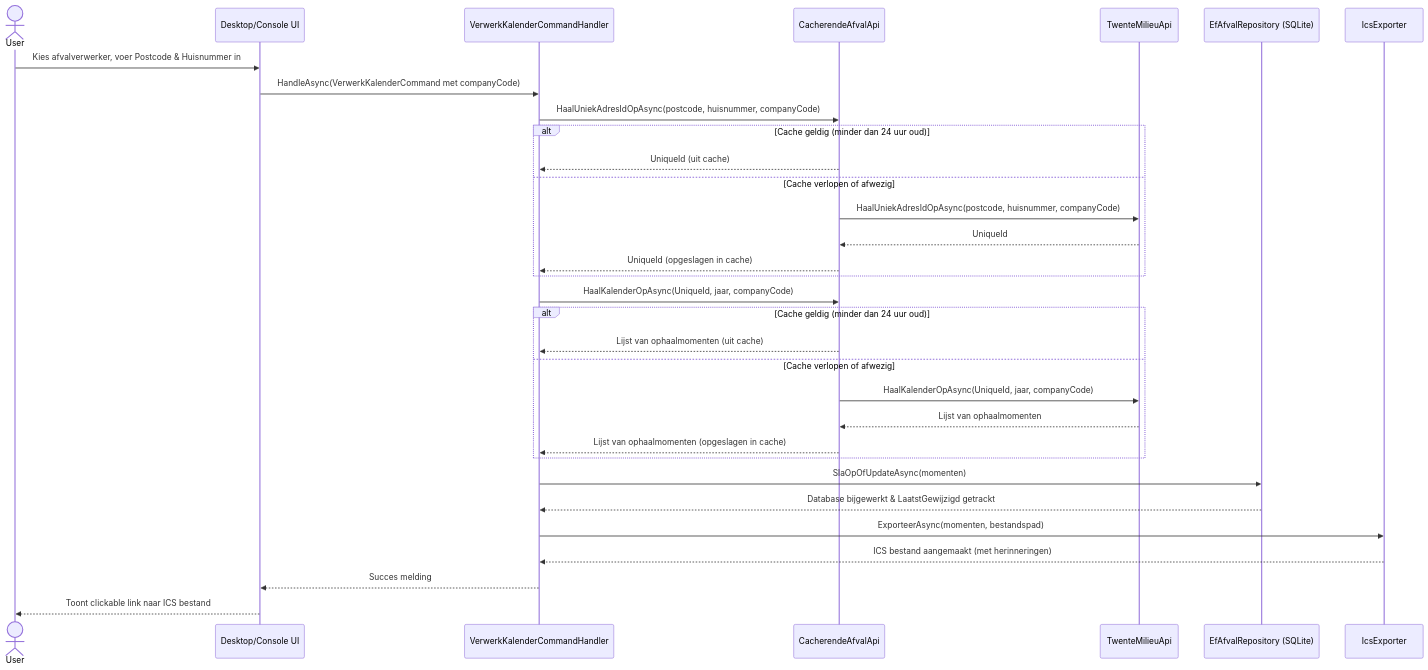
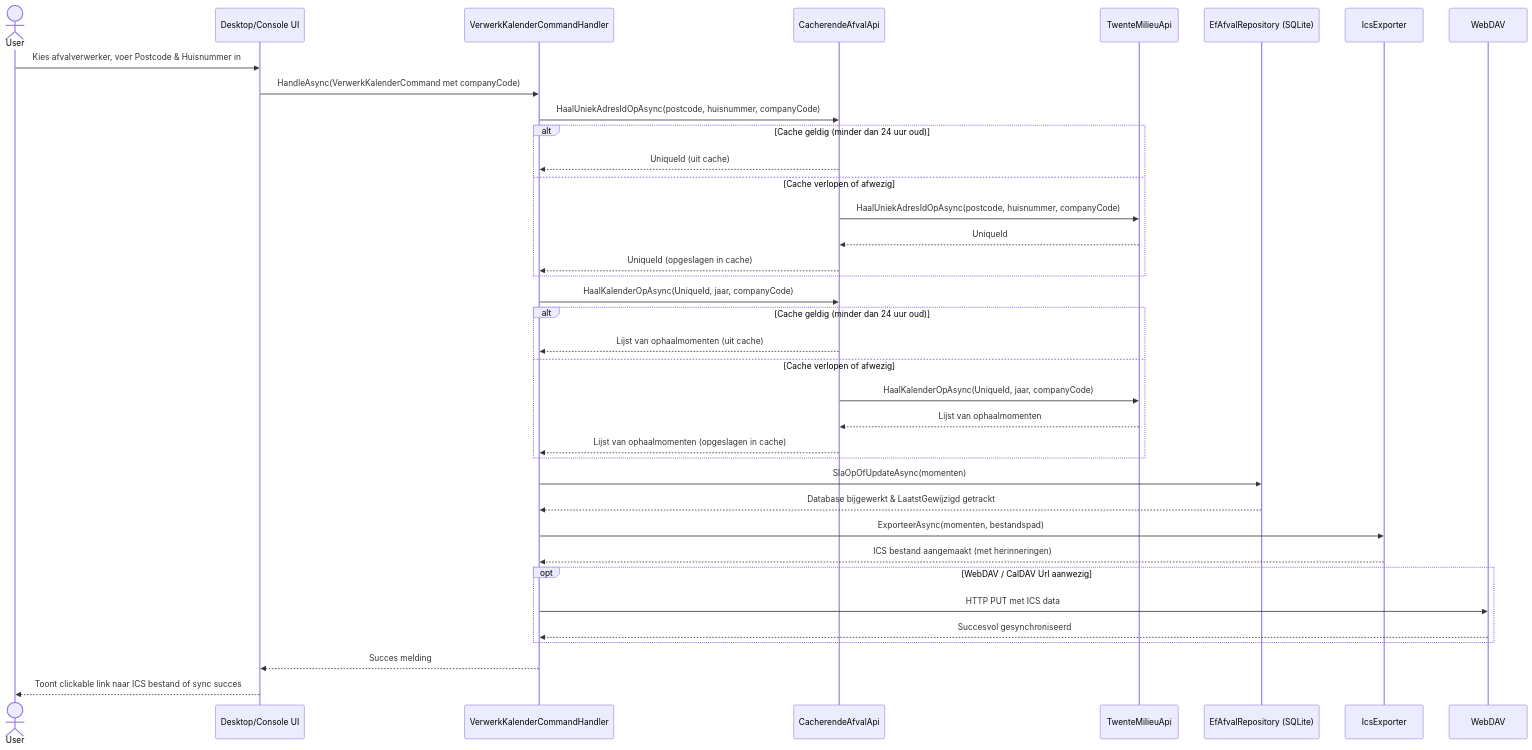
One commit to marvinstorage/AfvalKalender changed the third of 3 diagrams in README.md. Above: the diagram before and after it, drawn with Mermaid. The commit also changed other lines of this file and 27 other files, not shown here.

First line of the commit message:
feat(sync): integrate WebDAV calendar sync into UIs and update docs

````diff
--- a/README.md
+++ b/README.md
@@ -158,35 +159,39 @@
 ```mermaid
 sequenceDiagram
     actor User
     participant UI as Desktop/Console UI
     participant App as VerwerkKalenderCommandHandler
     participant Cache as CacherendeAfvalApi
     participant API as TwenteMilieuApi
     participant DB as EfAfvalRepository (SQLite)
     participant ICS as IcsExporter
 
     User->>UI: Kies afvalverwerker, voer Postcode & Huisnummer in
     UI->>App: HandleAsync(VerwerkKalenderCommand met companyCode)
     App->>Cache: HaalUniekAdresIdOpAsync(postcode, huisnummer, companyCode)
     alt Cache geldig (minder dan 24 uur oud)
         Cache-->>App: UniqueId (uit cache)
     else Cache verlopen of afwezig
         Cache->>API: HaalUniekAdresIdOpAsync(postcode, huisnummer, companyCode)
         API-->>Cache: UniqueId
         Cache-->>App: UniqueId (opgeslagen in cache)
     end
     App->>Cache: HaalKalenderOpAsync(UniqueId, jaar, companyCode)
     alt Cache geldig (minder dan 24 uur oud)
         Cache-->>App: Lijst van ophaalmomenten (uit cache)
     else Cache verlopen of afwezig
         Cache->>API: HaalKalenderOpAsync(UniqueId, jaar, companyCode)
         API-->>Cache: Lijst van ophaalmomenten
         Cache-->>App: Lijst van ophaalmomenten (opgeslagen in cache)
     end
     App->>DB: SlaOpOfUpdateAsync(momenten)
     DB-->>App: Database bijgewerkt & LaatstGewijzigd getrackt
     App->>ICS: ExporteerAsync(momenten, bestandspad)
     ICS-->>App: ICS bestand aangemaakt (met herinneringen)
+    opt WebDAV / CalDAV Url aanwezig
+        App->>WebDAV: HTTP PUT met ICS data
+        WebDAV-->>App: Succesvol gesynchroniseerd
+    end
     App-->>UI: Succes melding
-    UI-->>User: Toont clickable link naar ICS bestand
+    UI-->>User: Toont clickable link naar ICS bestand of sync succes
 ```
````
